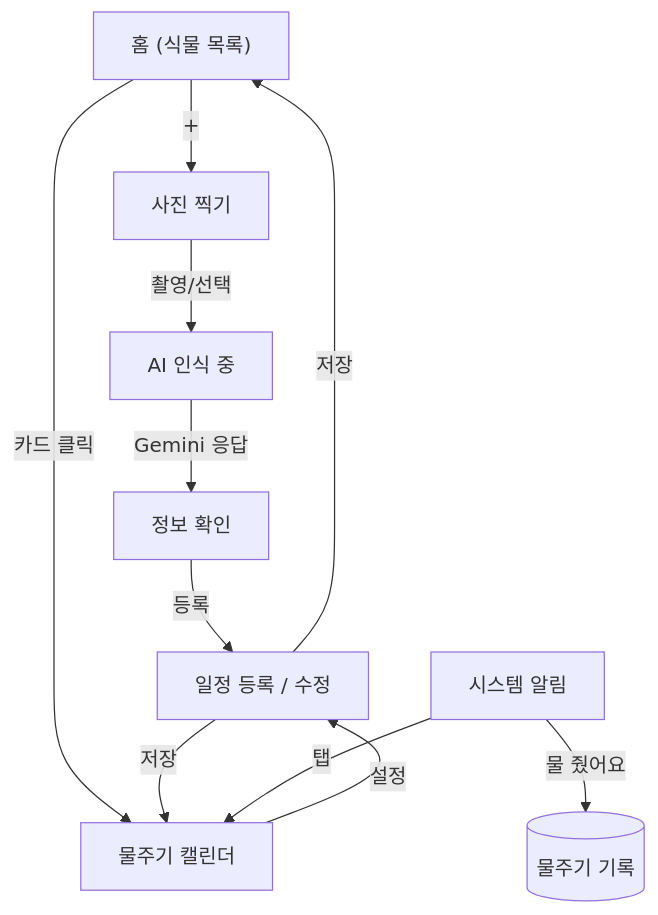
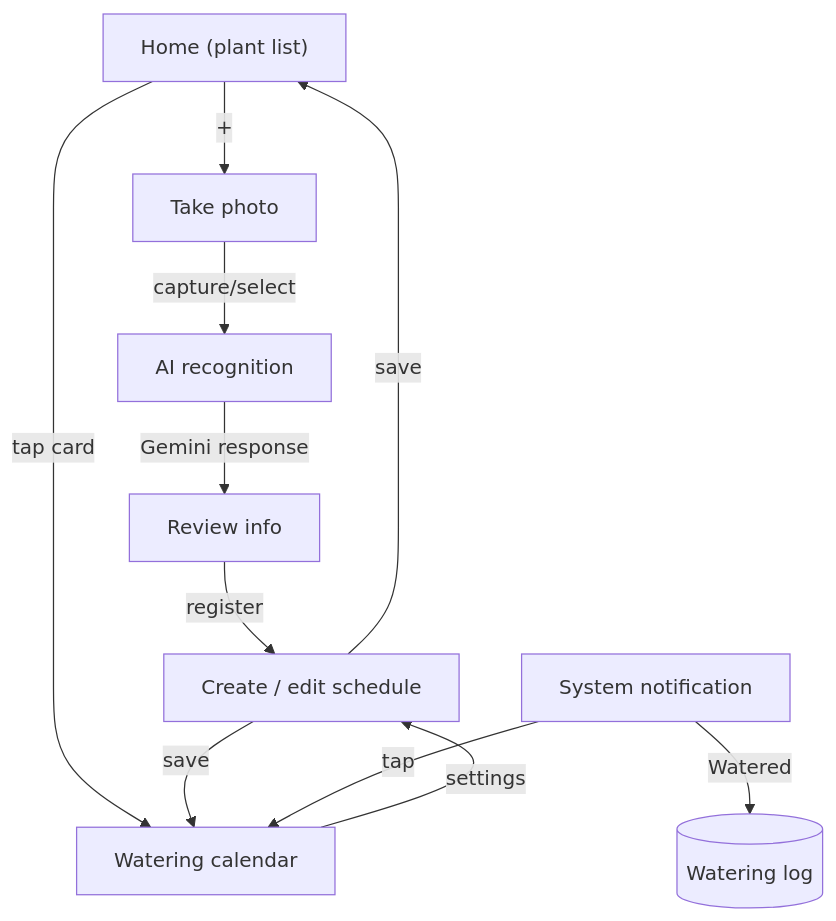
Before and after one commit to katalog/Android-Plant-Water: the diagram in README.md, drawn with Mermaid. The commit also changed other lines of this file, not shown here.

````diff
--- a/README.md
+++ b/README.md
@@ -23,15 +23,15 @@
 ```mermaid
 flowchart TD
-    Home["홈 (식물 목록)"] -->|"+"| Camera["사진 찍기"]
-    Camera -->|촬영/선택| Loading["AI 인식 중"]
-    Loading -->|Gemini 응답| Info["정보 확인"]
-    Info -->|등록| Schedule["일정 등록 / 수정"]
-    Schedule -->|저장| Home
+    Home["Home (plant list)"] -->|"+"| Camera["Take photo"]
+    Camera -->|capture/select| Loading["AI recognition"]
+    Loading -->|Gemini response| Info["Review info"]
+    Info -->|register| Schedule["Create / edit schedule"]
+    Schedule -->|save| Home
 
-    Home -->|카드 클릭| Calendar["물주기 캘린더"]
-    Calendar -->|설정| Schedule
-    Schedule -->|저장| Calendar
+    Home -->|tap card| Calendar["Watering calendar"]
+    Calendar -->|settings| Schedule
+    Schedule -->|save| Calendar
 
-    Notif["시스템 알림"] -->|"물 줬어요"| Log[(물주기 기록)]
-    Notif -->|탭| Calendar
+    Notif["System notification"] -->|"Watered"| Log[(Watering log)]
+    Notif -->|tap| Calendar
 ```
````
